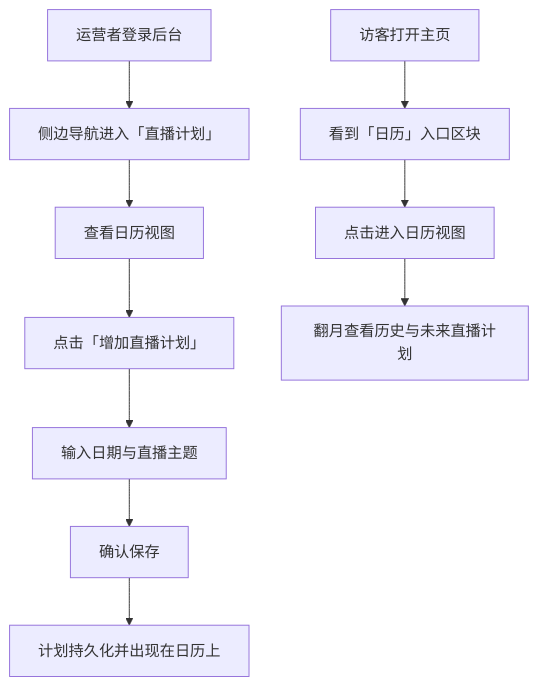
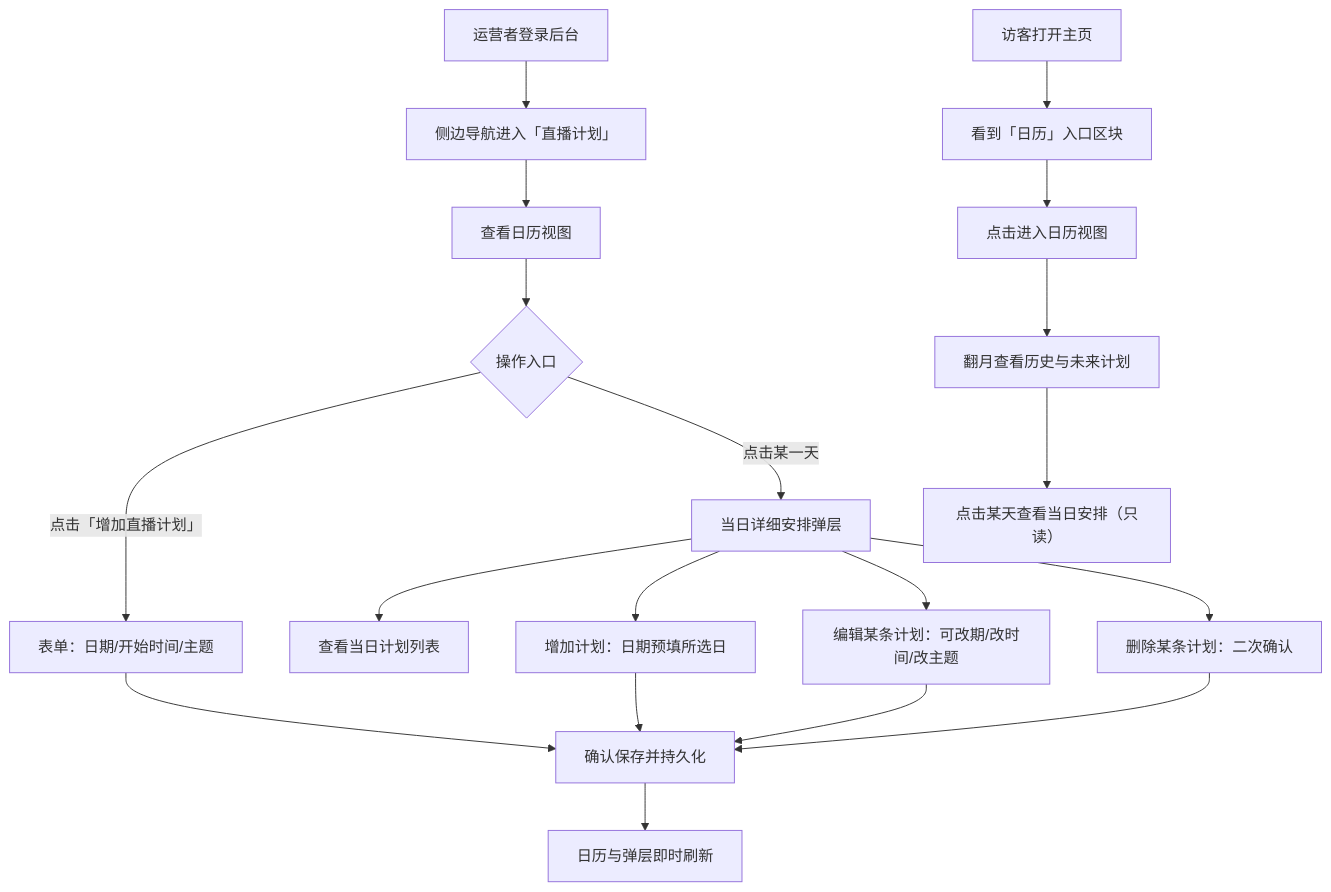
The diagram in docs/product/requirements/draft/2026-08-13-weekly-schedule-prd.md (Deliay/sumire), drawn with Mermaid before and after one commit. The commit also changed other lines of this file and 2 other files, not shown here.

````diff
--- a/docs/product/requirements/draft/2026-08-13-weekly-schedule-prd.md
+++ b/docs/product/requirements/draft/2026-08-13-weekly-schedule-prd.md
@@ -93,12 +112,21 @@
 ```mermaid
 flowchart TD
     A[运营者登录后台] --> B[侧边导航进入「直播计划」]
     B --> C[查看日历视图]
-    C --> D[点击「增加直播计划」]
-    D --> E[输入日期与直播主题]
-    E --> F[确认保存]
-    F --> G[计划持久化并出现在日历上]
-    H[访客打开主页] --> I[看到「日历」入口区块]
-    I --> J[点击进入日历视图]
-    J --> K[翻月查看历史与未来直播计划]
+    C --> D{操作入口}
+    D -->|点击「增加直播计划」| E[表单：日期/开始时间/主题]
+    D -->|点击某一天| F[当日详细安排弹层]
+    F --> G[查看当日计划列表]
+    F --> H[增加计划：日期预填所选日]
+    F --> I[编辑某条计划：可改期/改时间/改主题]
+    F --> J[删除某条计划：二次确认]
+    E --> K[确认保存并持久化]
+    H --> K
+    I --> K
+    J --> K
+    K --> L[日历与弹层即时刷新]
+    M[访客打开主页] --> N[看到「日历」入口区块]
+    N --> O[点击进入日历视图]
+    O --> P[翻月查看历史与未来计划]
+    P --> Q[点击某天查看当日安排（只读）]
 ```
````
